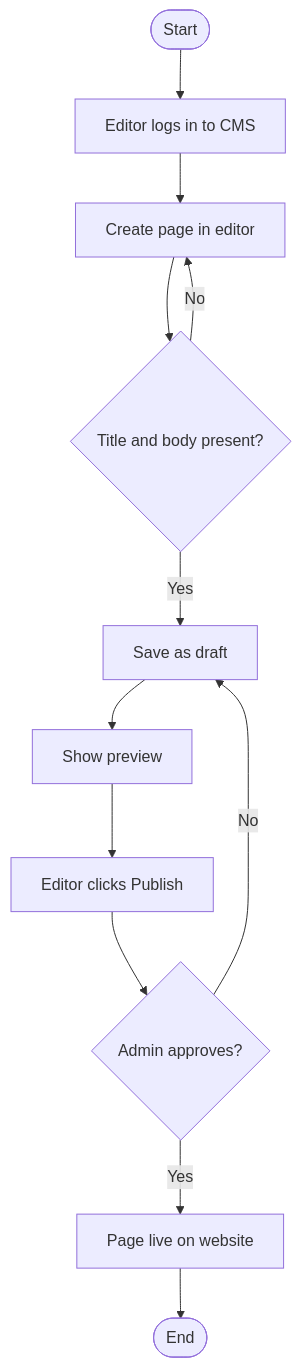
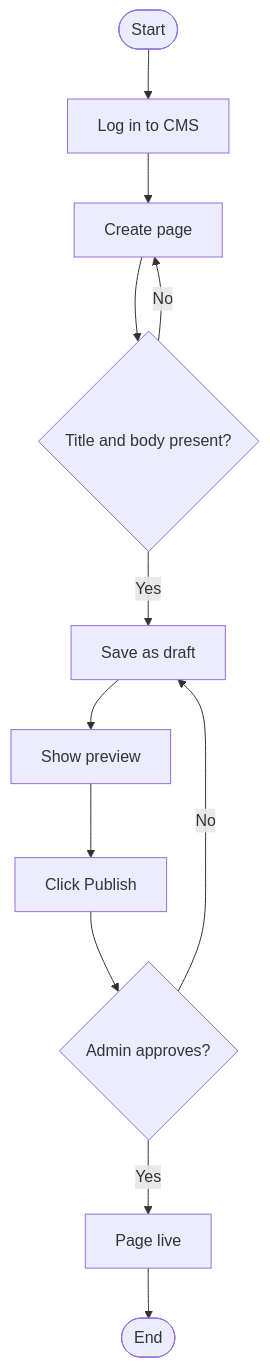
The diagram in skills/business-analyst/user-flow/examples/example-output.md (HWJacko/jackdaw-skills), drawn with Mermaid before and after one commit. The commit also changed 20 other files, not shown here.

````diff
--- a/skills/business-analyst/user-flow/examples/example-output.md
+++ b/skills/business-analyst/user-flow/examples/example-output.md
@@ -5,14 +5,14 @@
 ```mermaid
 flowchart TD
-    start([Start]) --> login[Editor logs in to CMS]
-    login --> create[Create page in editor]
+    start([Start]) --> login[Log in to CMS]
+    login --> create[Create page]
     create --> valid{Title and body present?}
     valid -- No --> create
     valid -- Yes --> draft[Save as draft]
     draft --> preview[Show preview]
-    preview --> publish[Editor clicks Publish]
+    preview --> publish[Click Publish]
     publish --> approval{Admin approves?}
     approval -- No --> draft
-    approval -- Yes --> live[Page live on website]
+    approval -- Yes --> live[Page live]
     live --> done([End])
 ```
````
